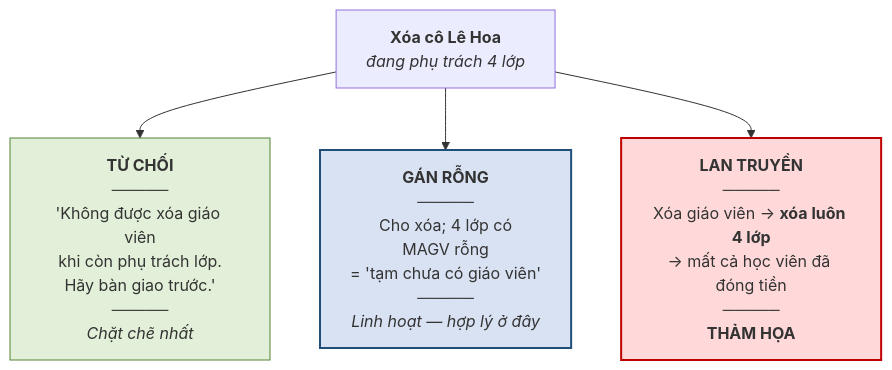
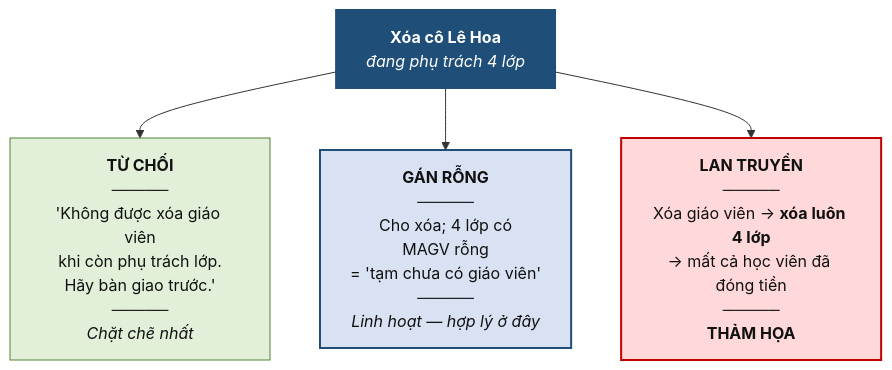
The diagram in docs/chuong-4/4-4-hanh-dong-khi-vi-pham-va-cu-phap-khai-bao.md (CuongNguyenDAU/csdl-dbs201), drawn with Mermaid before and after one commit. The commit also changed other lines of this file and 123 other files, not shown here.

Commit message:
Cập nhật bài giảng v7: sơ đồ ER ký pháp Chen, hình minh họa tự vẽ, mở rộng toàn diện Chương 5 và bổ sung lời giải A4, B5

````diff
--- a/docs/chuong-4/4-4-hanh-dong-khi-vi-pham-va-cu-phap-khai-bao.md
+++ b/docs/chuong-4/4-4-hanh-dong-khi-vi-pham-va-cu-phap-khai-bao.md
@@ -25,10 +25,11 @@
 ```mermaid
 flowchart TB
     X["<b>Xóa cô Lê Hoa</b><br/><i>đang phụ trách 4 lớp</i>"]
     X --> R1["<b>TỪ CHỐI</b><br/>─────<br/>'Không được xóa giáo viên<br/>khi còn phụ trách lớp.<br/>Hãy bàn giao trước.'<br/>─────<br/><i>Chặt chẽ nhất</i>"]
     X --> R2["<b>GÁN RỖNG</b><br/>─────<br/>Cho xóa; 4 lớp có<br/>MAGV rỗng<br/>= 'tạm chưa có giáo viên'<br/>─────<br/><i>Linh hoạt — hợp lý ở đây</i>"]
     X --> R3["<b>LAN TRUYỀN</b><br/>─────<br/>Xóa giáo viên → <b>xóa luôn 4 lớp</b><br/>→ mất cả học viên đã đóng tiền<br/>─────<br/><b>THẢM HỌA</b>"]
-    style R1 fill:#E2F0D9,stroke:#548235
-    style R2 fill:#D9E2F3,stroke:#1F4E79,stroke-width:2px
-    style R3 fill:#FFD9D9,stroke:#C00000,stroke-width:2px
+    style X fill:#1F4E79,color:#ffffff,stroke:#1F4E79,stroke-width:2px
+    style R1 fill:#E2F0D9,stroke:#548235,color:#111111
+    style R2 fill:#D9E2F3,stroke:#1F4E79,stroke-width:2px,color:#111111
+    style R3 fill:#FFD9D9,stroke:#C00000,stroke-width:2px,color:#111111
 ```
````
